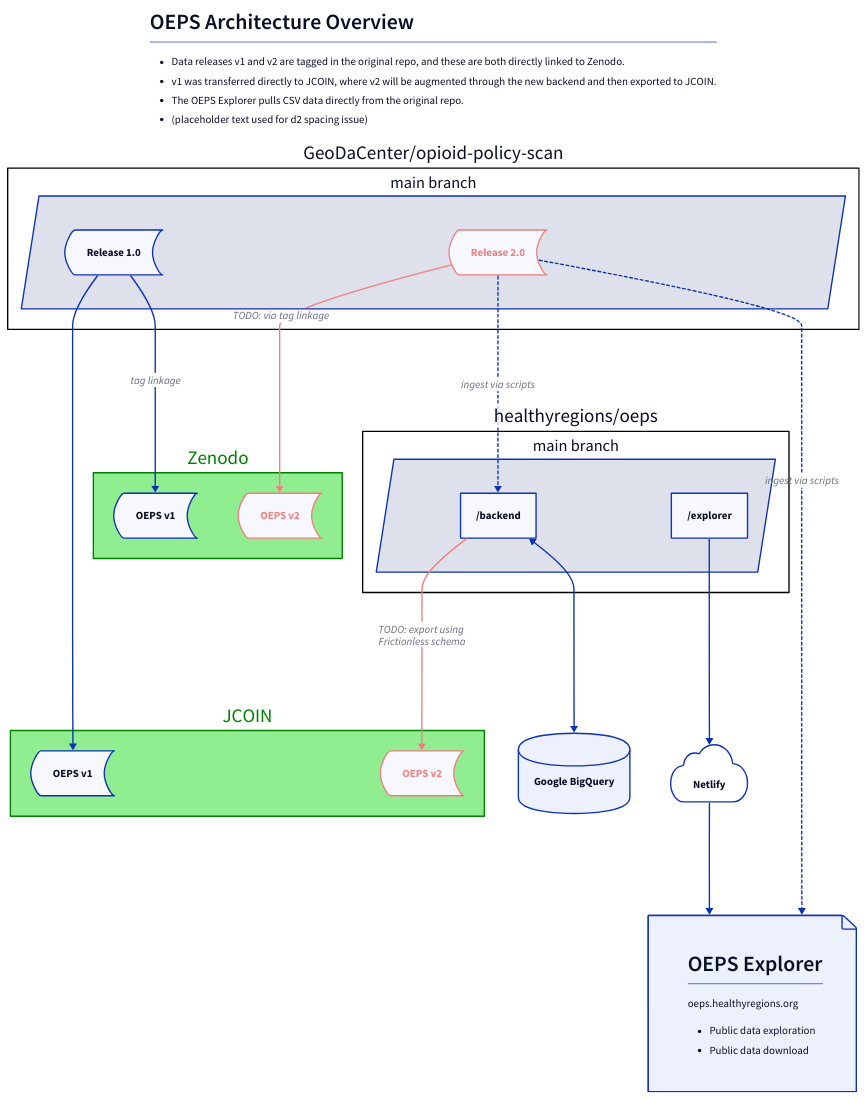
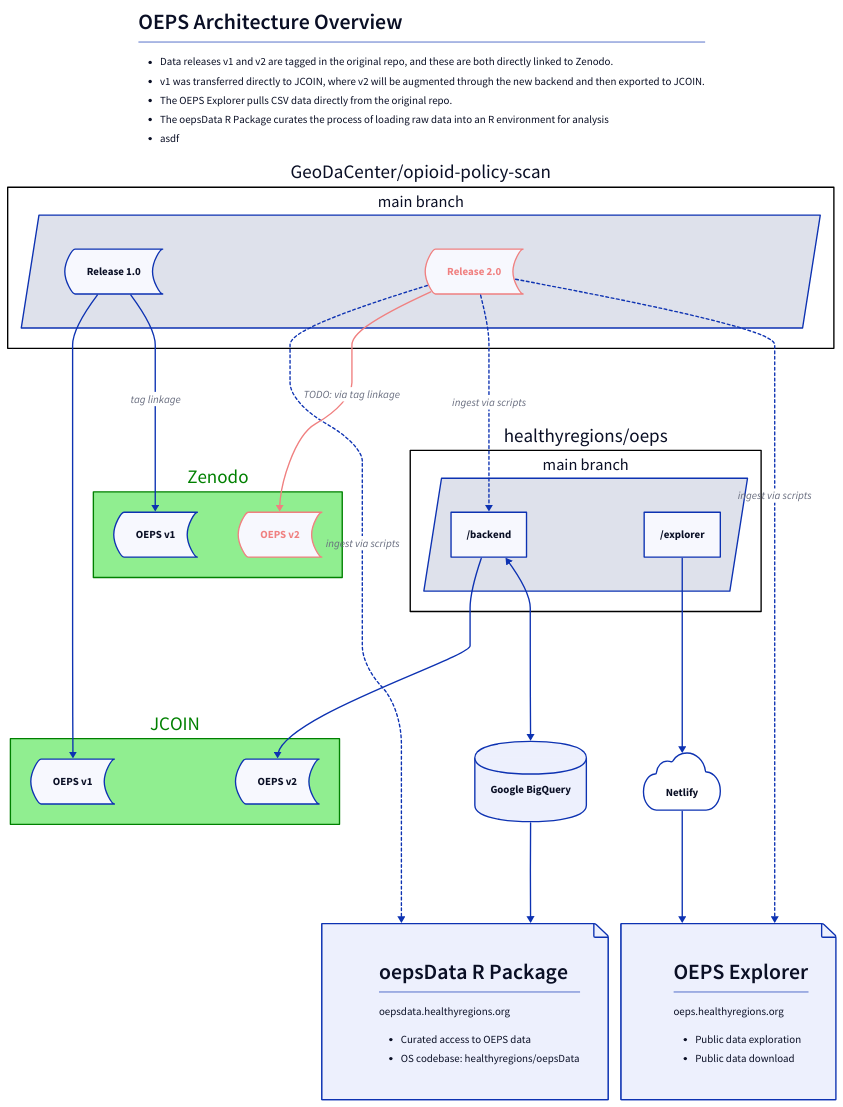
One commit to healthyregions/oeps changed the diagram in docs/img/oeps-overview.d2. Above: the diagram before and after it, drawn with D2. The commit also changed 1 other file, not shown here.

Commit message:
update overview diagram

```diff
--- a/docs/img/oeps-overview.d2
+++ b/docs/img/oeps-overview.d2
@@ -1,111 +1,120 @@
 title: |md
 # OEPS Architecture Overview
 
 - Data releases v1 and v2 are tagged in the original repo, and these are both directly linked to Zenodo.
 - v1 was transferred directly to JCOIN, where v2 will be augmented through the new backend and then exported to JCOIN.
 - The OEPS Explorer pulls CSV data directly from the original repo.
-- (placeholder text used for d2 spacing issue)
+- The oepsData R Package curates the process of loading raw data into an R environment for analysis
+- asdf
 |
 classes {
     gh-repo: {
         style: {
             stroke: black
             fill: white
         }
     }
     data-repo: {
         style: {
             font-color: green
             stroke: green
             fill: lightgreen
         }
     }
     freeze: {
         shape: stored_data
     }
     branch: {
         shape: parallelogram
     }
     todo: {
         style: {
             stroke: lightcoral
             font-color: lightcoral
         }
     }
 }
 title.near: top-center
 
 geoda: GeoDaCenter/opioid-policy-scan
 geoda.class: gh-repo
 geoda.main: main branch
 geoda.main.class: branch
 geoda.main.r1: Release 1.0
 geoda.main.r1.class: freeze
 geoda.main.r2: Release 2.0
 geoda.main.r2.class: [freeze; todo]
 
 jcoin: JCOIN
 jcoin.class: data-repo
 jcoin.v1: OEPS v1
 jcoin.v1.class: freeze
 jcoin.v2: OEPS v2
-jcoin.v2.class: [freeze; todo]
+jcoin.v2.class: [freeze]
 
 zenodo: Zenodo
 zenodo.class: data-repo
 zenodo.v1: OEPS v1
 zenodo.v1.class: freeze
 zenodo.v2: OEPS v2
 zenodo.v2.class: [freeze; todo]
 
-
-
 oeps: healthyregions/oeps
 oeps.class: gh-repo
 oeps.main: main branch
 oeps.main.class: branch
 oeps.main.backend: /backend
 oeps.main.explorer: /explorer
 
+oepsData.text: |md
+# oepsData R Package
+oepsdata.healthyregions.org
+- Curated access to OEPS data
+- OS codebase: healthyregions/oepsData
+|
+oepsData.shape: page
+oepsData.label: ""
+
 bq: Google BigQuery
 bq.shape: cylinder
+
+geoda.main.r2 -> oepsData: ingest via scripts {
+    style: {
+        stroke-dash: 2
+    }
+}
+bq -> oepsData
 
 netlify: Netlify
 netlify.shape: cloud
 explorer.website: |md
 # OEPS Explorer
 oeps.healthyregions.org
 - Public data exploration
 - Public data download
 |
 explorer.shape: page
 explorer.label: ""
 
 geoda.main.r1 -> jcoin.v1
 geoda.main.r1 -> zenodo.v1: tag linkage
 geoda.main.r2 -> zenodo.v2: TODO: via tag linkage {
     style: {
         stroke: lightcoral
     }
 }
 
 geoda.main.r2 -> oeps.main.backend: ingest via scripts {
     style: {
         stroke-dash: 2
     }
 }
 geoda.main.r2 -> explorer: ingest via scripts {
     style: {
         stroke-dash: 2
     }
 }
-oeps.main.backend -> jcoin.v2: |md
-TODO: export using 
-Frictionless schema| {
-    style: {
-        stroke: lightcoral
-    }
-}
+oeps.main.backend -> jcoin.v2
 oeps.main.backend <-> bq
 oeps.main.explorer -> netlify
 netlify -> explorer
```
